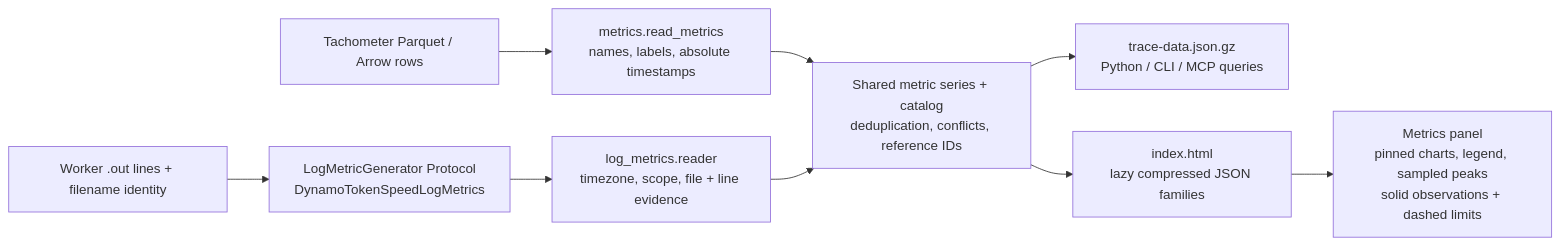
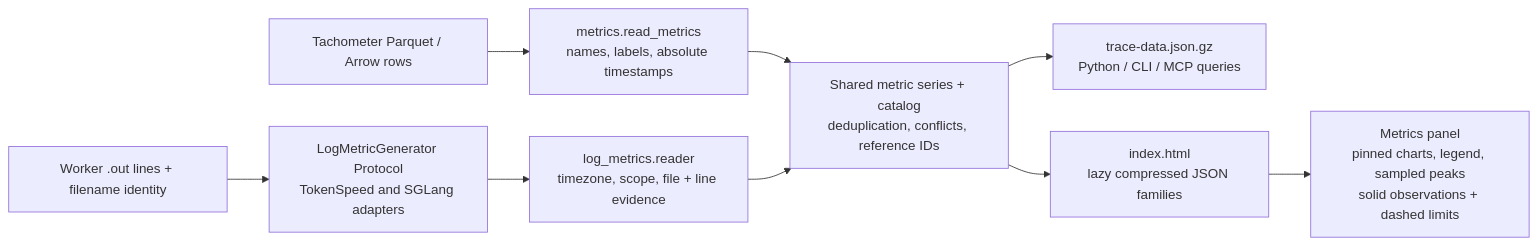
The diagram in docs/dsight-log-metrics.md (FrankD412/srt-slurm), drawn with Mermaid before and after one commit. The commit also changed other lines of this file and 23 other files, not shown here.

First line of the commit message:
feat(dsight): extract SGLang batch and request log metrics (#541)

````diff
--- a/docs/dsight-log-metrics.md
+++ b/docs/dsight-log-metrics.md
@@ -10,11 +10,11 @@
 ```mermaid
 flowchart LR
     T["Tachometer Parquet / Arrow rows"] --> TR["metrics.read_metrics<br/>names, labels, absolute timestamps"]
-    W["Worker .out lines + filename identity"] --> G["LogMetricGenerator Protocol<br/>DynamoTokenSpeedLogMetrics"]
+    W["Worker .out lines + filename identity"] --> G["LogMetricGenerator Protocol<br/>TokenSpeed and SGLang adapters"]
     G --> LR["log_metrics.reader<br/>timezone, scope, file + line evidence"]
     TR --> S["Shared metric series + catalog<br/>deduplication, conflicts, reference IDs"]
     LR --> S
     S --> D["trace-data.json.gz<br/>Python / CLI / MCP queries"]
     S --> H["index.html<br/>lazy compressed JSON families"]
     H --> UI["Metrics panel<br/>pinned charts, legend, sampled peaks<br/>solid observations + dashed limits"]
 ```
````
